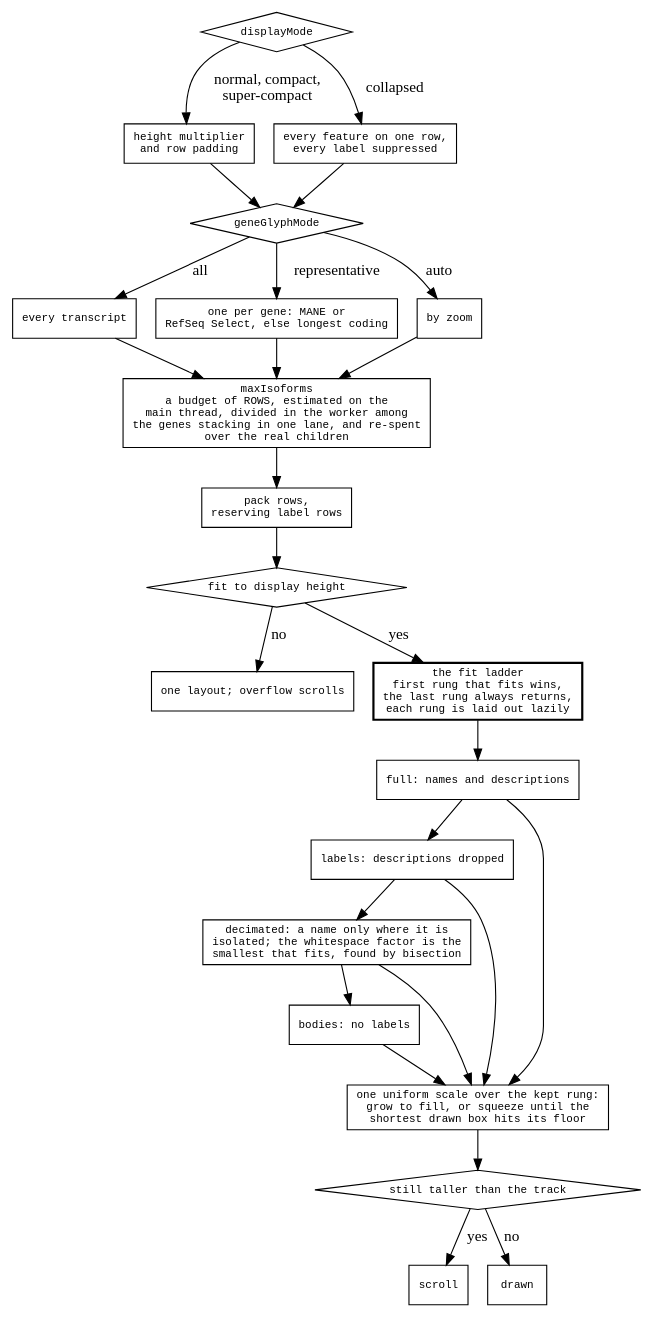
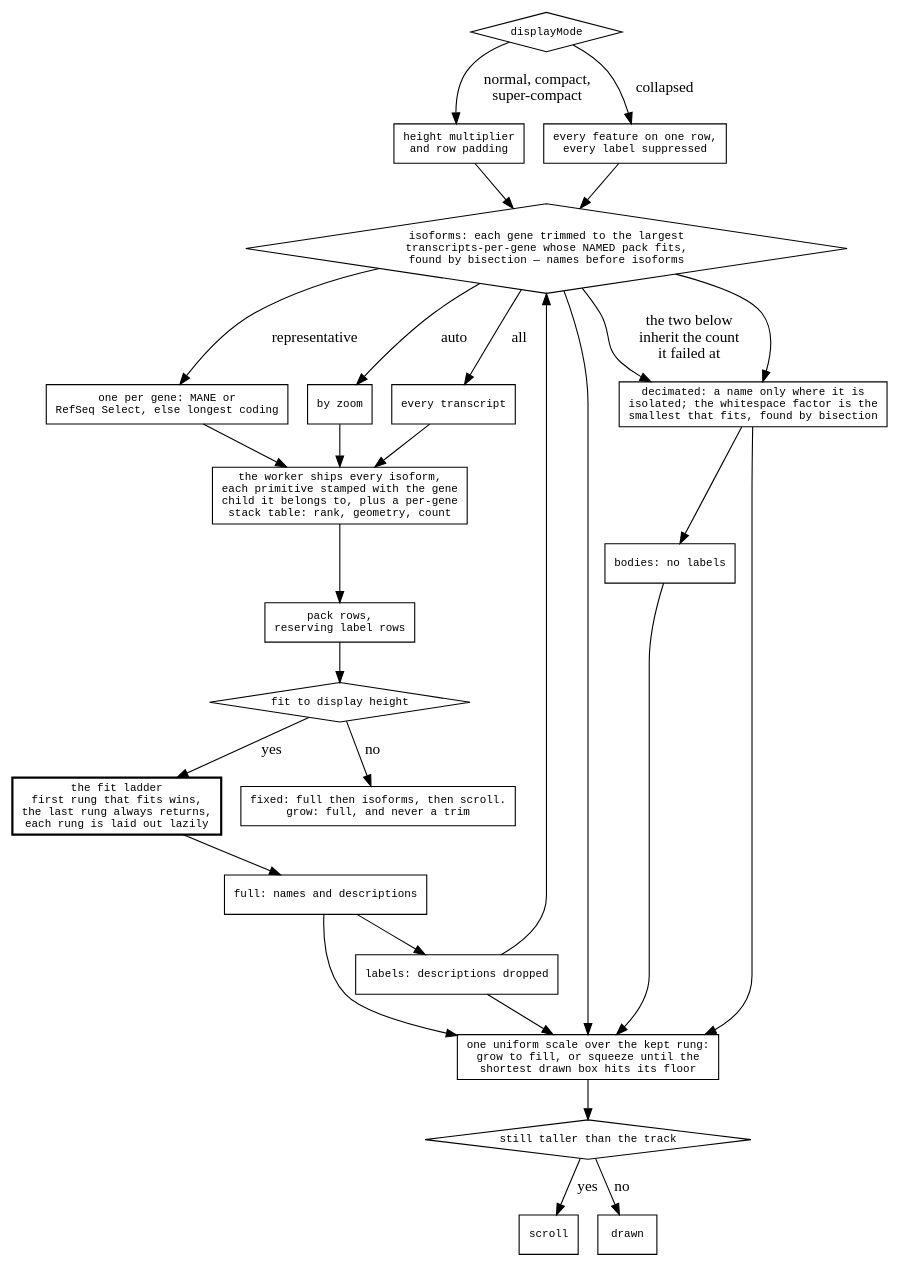
Before and after one commit to GMOD/jbrowse-components: the diagram in agent-docs/mechanisms/diagrams/feature-budget.dot, drawn with Graphviz. The commit also changed 11 other files, not shown here.

First line of the commit message:
docs(adr-092): the isoform trim is a rung of the fit ladder

```diff
--- a/agent-docs/mechanisms/diagrams/feature-budget.dot
+++ b/agent-docs/mechanisms/diagrams/feature-budget.dot
@@ -1,47 +1,49 @@
 digraph feature_budget {
   rankdir=TB
   node [shape=box fontname=monospace fontsize=10]
   { node [shape=diamond] mode; isoforms; fits; over }
 
   mode [label="displayMode"]
   mode -> sized     [label=" normal, compact,\n super-compact"]
   mode -> collapsed [label=" collapsed"]
   sized     [label="height multiplier\nand row padding"]
   collapsed [label="every feature on one row,\nevery label suppressed"]
 
   isoforms [label="geneGlyphMode"]
   sized -> isoforms  collapsed -> isoforms
   isoforms -> allt [label=" all"]
   isoforms -> one  [label=" representative"]
   isoforms -> zoom [label=" auto"]
   allt [label="every transcript"]
   one  [label="one per gene: MANE or\nRefSeq Select, else longest coding"]
   zoom [label="by zoom"]
 
-  budget [label="maxIsoforms\na budget of ROWS, estimated on the\nmain thread, divided in the worker among\nthe genes stacking in one lane, and re-spent\nover the real children"]
-  allt -> budget  one -> budget  zoom -> budget
+  ship [label="the worker ships every isoform,\neach primitive stamped with the gene\nchild it belongs to, plus a per-gene\nstack table: rank, geometry, count"]
+  allt -> ship  one -> ship  zoom -> ship
 
   pack [label="pack rows,\nreserving label rows"]
-  budget -> pack -> fits
+  ship -> pack -> fits
 
   fits [label="fit to display height"]
   fits -> plain  [label=" no"]
   fits -> ladder [label=" yes"]
-  plain [label="one layout; overflow scrolls"]
+  plain [label="fixed: full then isoforms, then scroll.\ngrow: full, and never a trim"]
 
   ladder [label="the fit ladder\nfirst rung that fits wins,\nthe last rung always returns,\neach rung is laid out lazily", style=bold]
-  ladder -> full -> labels -> decimated -> bodies
+  ladder -> full -> labels -> isoforms -> decimated -> bodies
   full      [label="full: names and descriptions"]
   labels    [label="labels: descriptions dropped"]
+  isoforms  [label="isoforms: each gene trimmed to the largest\ntranscripts-per-gene whose NAMED pack fits,\nfound by bisection — names before isoforms"]
   decimated [label="decimated: a name only where it is\nisolated; the whitespace factor is the\nsmallest that fits, found by bisection"]
   bodies    [label="bodies: no labels"]
+  isoforms -> decimated [label=" the two below\n inherit the count\n it failed at"]
 
   scale [label="one uniform scale over the kept rung:\ngrow to fill, or squeeze until the\nshortest drawn box hits its floor"]
-  full -> scale  labels -> scale  decimated -> scale  bodies -> scale
+  full -> scale  labels -> scale  isoforms -> scale  decimated -> scale  bodies -> scale
   scale -> over
   over [label="still taller than the track"]
   over -> scroll [label=" yes"]
   over -> done   [label=" no"]
   scroll [label="scroll"]
   done   [label="drawn"]
 }
```
